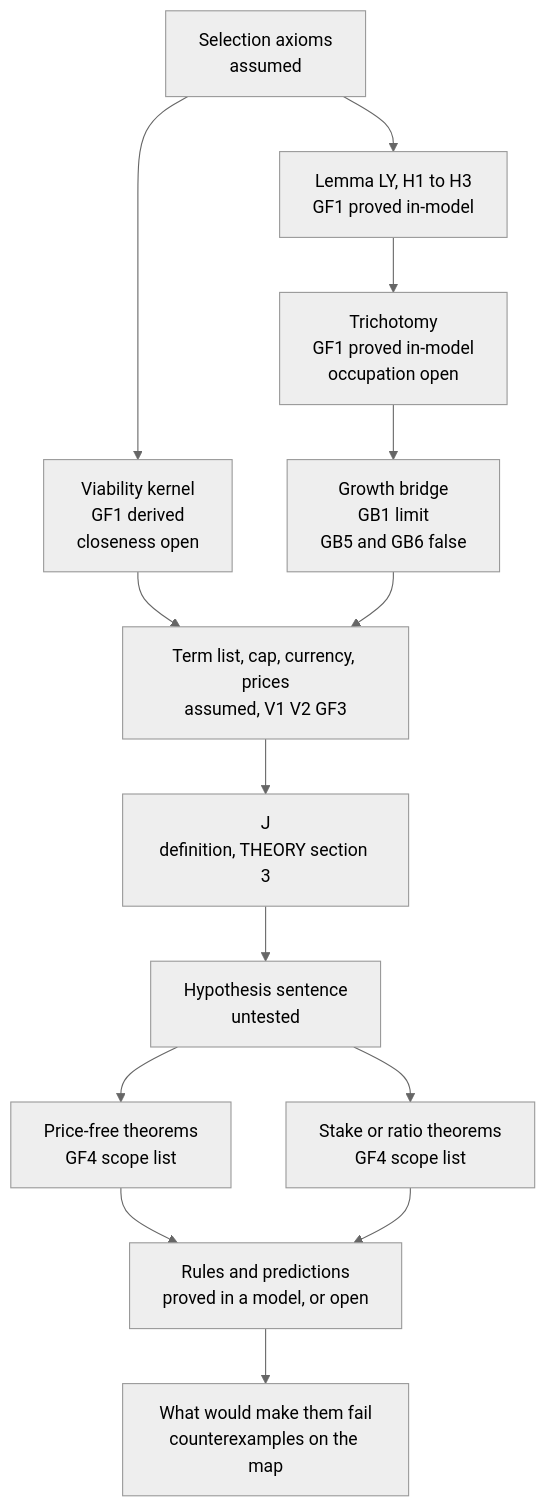
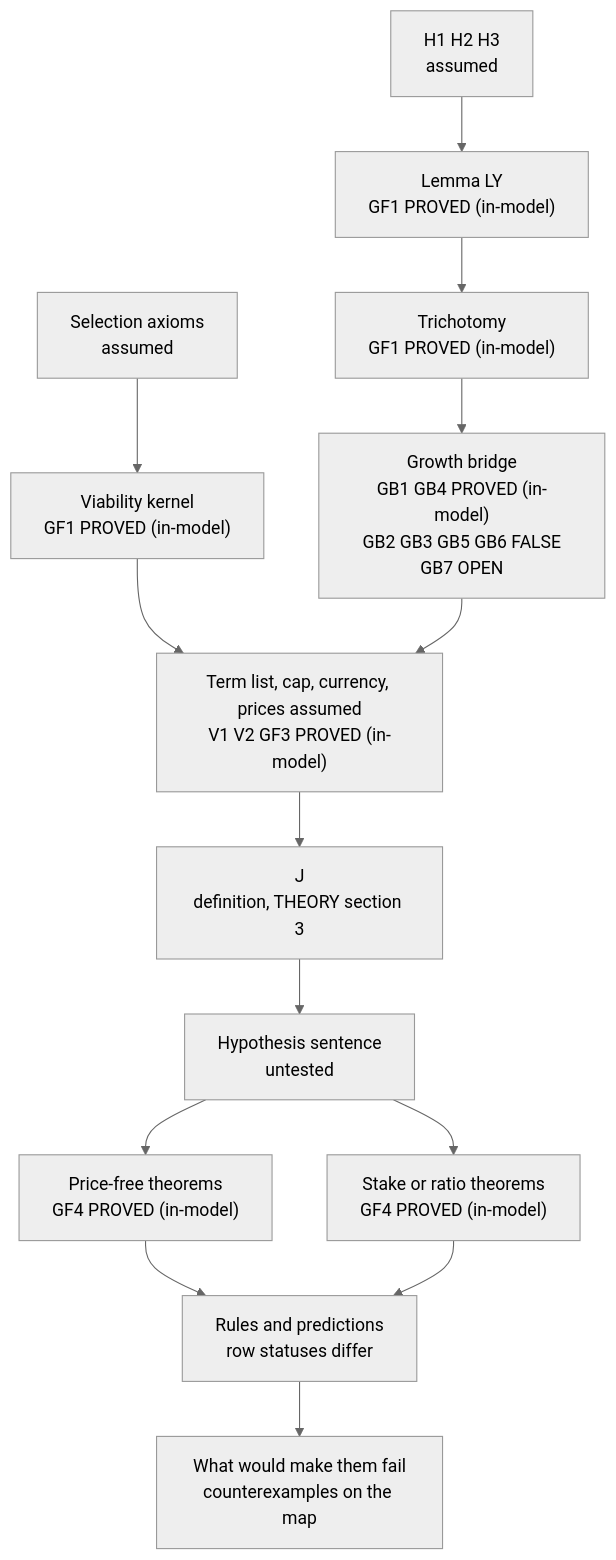
Before and after one commit to Chad-Mitchell/theory-of-adaptive-organization: the diagram in theory/DERIVATION_CHAIN.md, drawn with Mermaid (neutral theme). The commit also changed other lines of this file, not shown here.

First line of the commit message:
Apply the derivation-chain review's row and diagram fixes.

````diff
--- a/theory/DERIVATION_CHAIN.md
+++ b/theory/DERIVATION_CHAIN.md
@@ -11,28 +11,29 @@
 ```mermaid
 flowchart TD
   AX["Selection axioms<br/>assumed"]
-  VK["Viability kernel<br/>GF1 derived<br/>closeness open"]
-  LY["Lemma LY, H1 to H3<br/>GF1 proved in-model"]
-  TR["Trichotomy<br/>GF1 proved in-model<br/>occupation open"]
-  GB["Growth bridge<br/>GB1 limit<br/>GB5 and GB6 false"]
-  IN["Term list, cap, currency, prices<br/>assumed, V1 V2 GF3"]
+  H["H1 H2 H3<br/>assumed"]
+  VK["Viability kernel<br/>GF1 PROVED (in-model)"]
+  LY["Lemma LY<br/>GF1 PROVED (in-model)"]
+  TR["Trichotomy<br/>GF1 PROVED (in-model)"]
+  GB["Growth bridge<br/>GB1 GB4 PROVED (in-model)<br/>GB2 GB3 GB5 GB6 FALSE<br/>GB7 OPEN"]
+  IN["Term list, cap, currency, prices assumed<br/>V1 V2 GF3 PROVED (in-model)"]
   J["J<br/>definition, THEORY section 3"]
   HY["Hypothesis sentence<br/>untested"]
-  PF["Price-free theorems<br/>GF4 scope list"]
-  ST["Stake or ratio theorems<br/>GF4 scope list"]
-  RU["Rules and predictions<br/>proved in a model, or open"]
+  PF["Price-free theorems<br/>GF4 PROVED (in-model)"]
+  ST["Stake or ratio theorems<br/>GF4 PROVED (in-model)"]
+  RU["Rules and predictions<br/>row statuses differ"]
   FL["What would make them fail<br/>counterexamples on the map"]
   AX --> VK
-  AX --> LY
+  H --> LY
   LY --> TR
   TR --> GB
   VK --> IN
   GB --> IN
   IN --> J
   J --> HY
   HY --> PF
   HY --> ST
   PF --> RU
   ST --> RU
   RU --> FL
 ```
````
